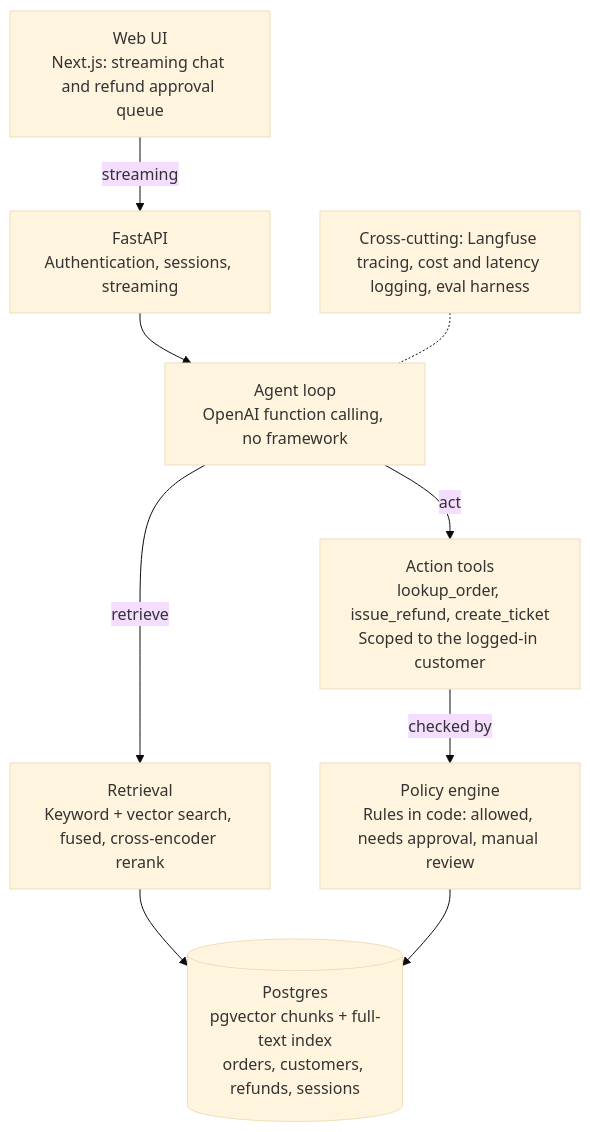
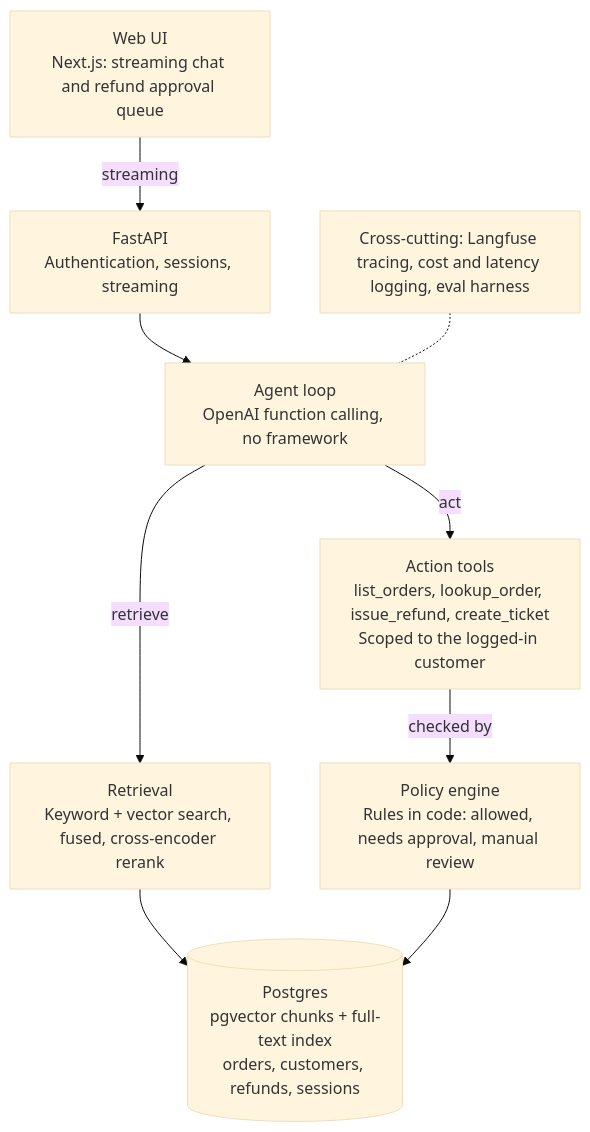
One commit to chuongtran01/support-agent changed the diagram in docs/DESIGN.md. Above: the diagram before and after it, drawn with Mermaid (base theme). The commit also changed other lines of this file and 17 other files, not shown here.

First line of the commit message:
feat: add the list_orders tool so the agent can find an order without a number

````diff
--- a/docs/DESIGN.md
+++ b/docs/DESIGN.md
@@ -27,16 +27,16 @@
 ```mermaid
 flowchart TD
     UI["Web UI<br/>Next.js: streaming chat and refund approval queue"]
     API["FastAPI<br/>Authentication, sessions, streaming"]
     AGENT["Agent loop<br/>OpenAI function calling, no framework"]
     RET["Retrieval<br/>Keyword + vector search, fused, cross-encoder rerank"]
-    TOOLS["Action tools<br/>lookup_order, issue_refund, create_ticket<br/>Scoped to the logged-in customer"]
+    TOOLS["Action tools<br/>list_orders, lookup_order, issue_refund, create_ticket<br/>Scoped to the logged-in customer"]
     POLICY["Policy engine<br/>Rules in code: allowed, needs approval, manual review"]
     PG[("Postgres<br/>pgvector chunks + full-text index<br/>orders, customers, refunds, sessions")]
     CC["Cross-cutting: Langfuse tracing, cost and latency logging, eval harness"]
 
     UI -->|streaming| API --> AGENT
     AGENT -->|retrieve| RET --> PG
     AGENT -->|act| TOOLS -->|checked by| POLICY --> PG
     CC -.- AGENT
 ```
````
